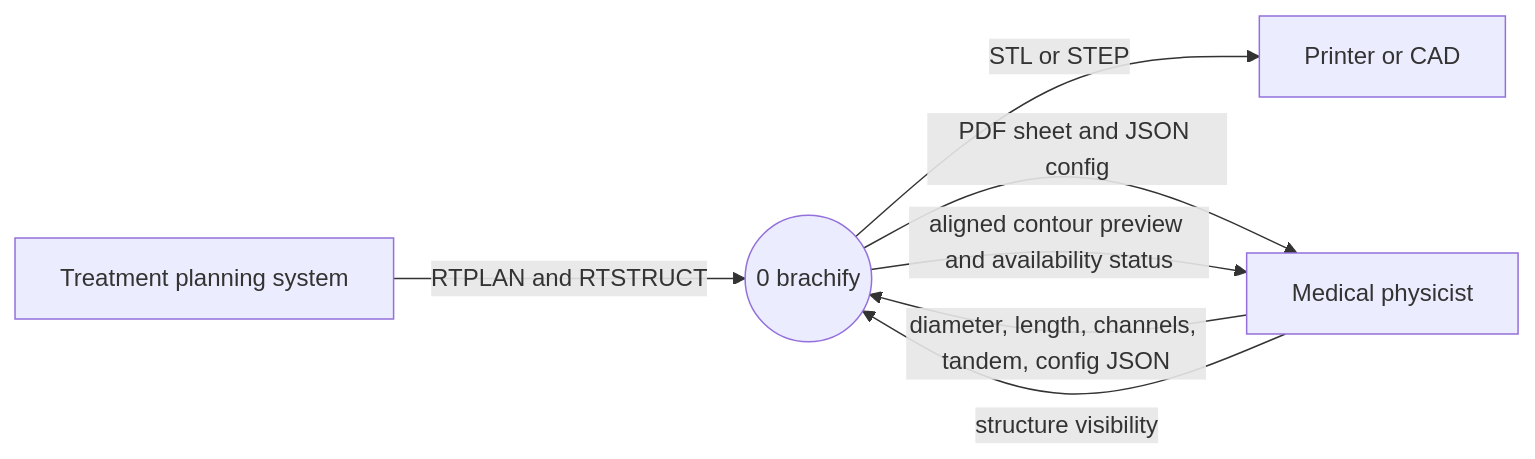
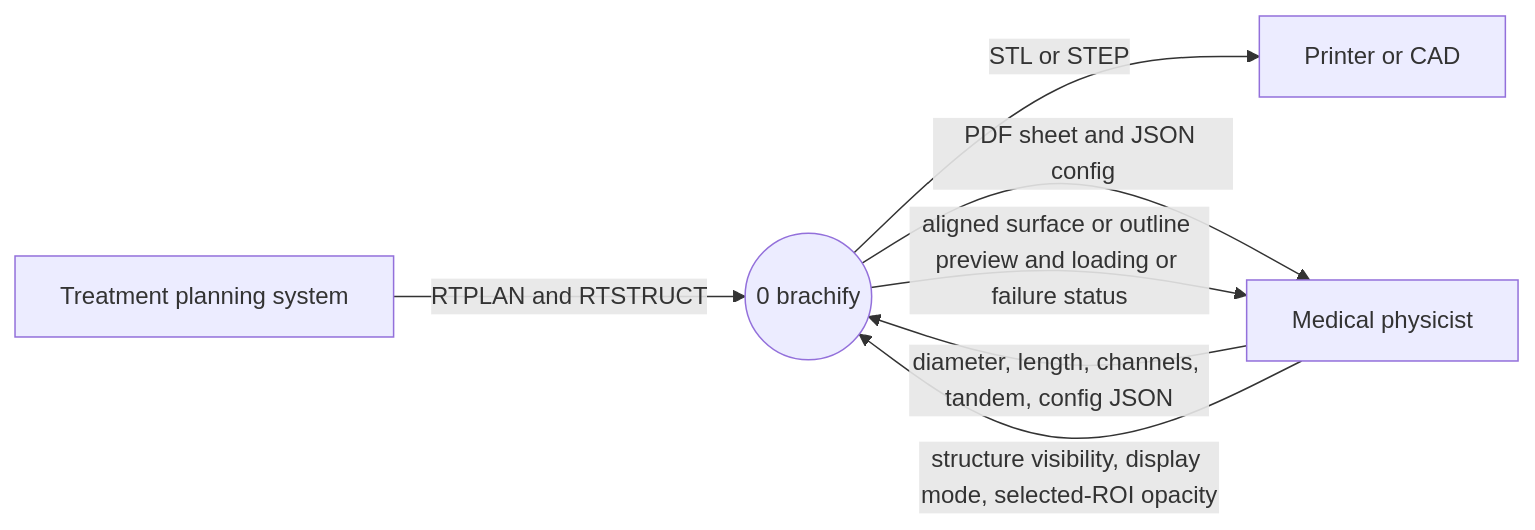
The diagram in docs/architecture/diagrams/existing-framework/dfd-0.mmd (COSC-499-W2026/capstone-project-team-10), drawn with Mermaid before and after one commit. The commit also changed 7 other files, not shown here.

Commit message:
docs: trace surface modes and per-organ opacity flows

```diff
--- a/docs/architecture/diagrams/existing-framework/dfd-0.mmd
+++ b/docs/architecture/diagrams/existing-framework/dfd-0.mmd
@@ -1,14 +1,14 @@
 %% title: DFD level 0
 %% alt: DFD level 0, brachify as one process
 flowchart LR
   tps["Treatment planning system"]
   physicist["Medical physicist"]
   printer["Printer or CAD"]
   brachify(("0 brachify"))
 
   tps -->|"RTPLAN and RTSTRUCT"| brachify
   physicist -->|"diameter, length, channels, tandem, config JSON"| brachify
   brachify -->|"STL or STEP"| printer
   brachify -->|"PDF sheet and JSON config"| physicist
-  physicist -->|"structure visibility"| brachify
-  brachify -->|"aligned contour preview and availability status"| physicist
+  physicist -->|"structure visibility, display mode, selected-ROI opacity"| brachify
+  brachify -->|"aligned surface or outline preview and loading or failure status"| physicist
```
